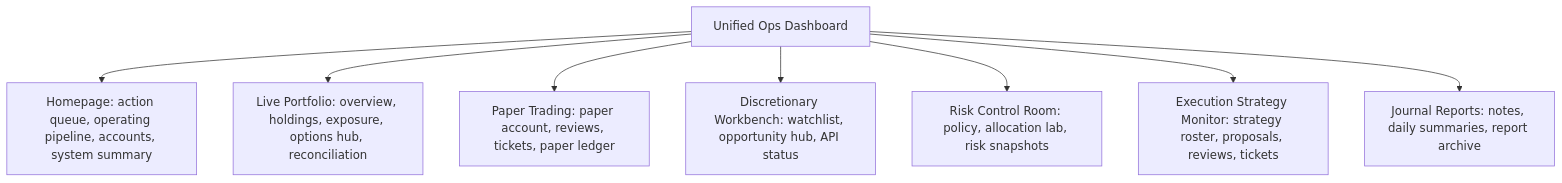
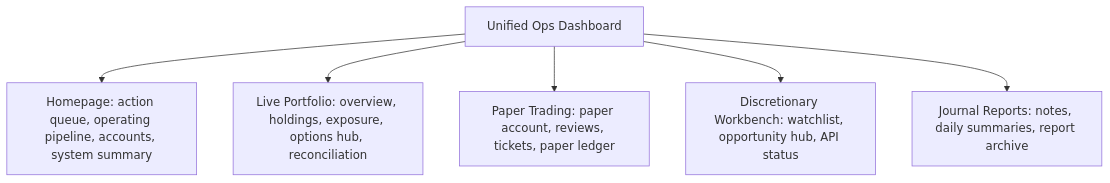
The fourth of 4 diagrams in ARCHITECTURE.md (Imnotcooking/alpha-factory), drawn with Mermaid before and after one commit. The commit also changed other lines of this file and 17 other files, not shown here.

Commit message:
fix: restore Alpha Factory identity and architecture

````diff
--- a/ARCHITECTURE.md
+++ b/ARCHITECTURE.md
@@ -137,10 +190,8 @@
 ```mermaid
 flowchart TD
     Ops["Unified Ops Dashboard"] --> Home["Homepage: action queue, operating pipeline, accounts, system summary"]
     Ops --> Live["Live Portfolio: overview, holdings, exposure, options hub, reconciliation"]
     Ops --> Paper["Paper Trading: paper account, reviews, tickets, paper ledger"]
     Ops --> Workbench["Discretionary Workbench: watchlist, opportunity hub, API status"]
-    Ops --> Risk["Risk Control Room: policy, allocation lab, risk snapshots"]
-    Ops --> Execution["Execution Strategy Monitor: strategy roster, proposals, reviews, tickets"]
     Ops --> Journal["Journal Reports: notes, daily summaries, report archive"]
 ```
````
